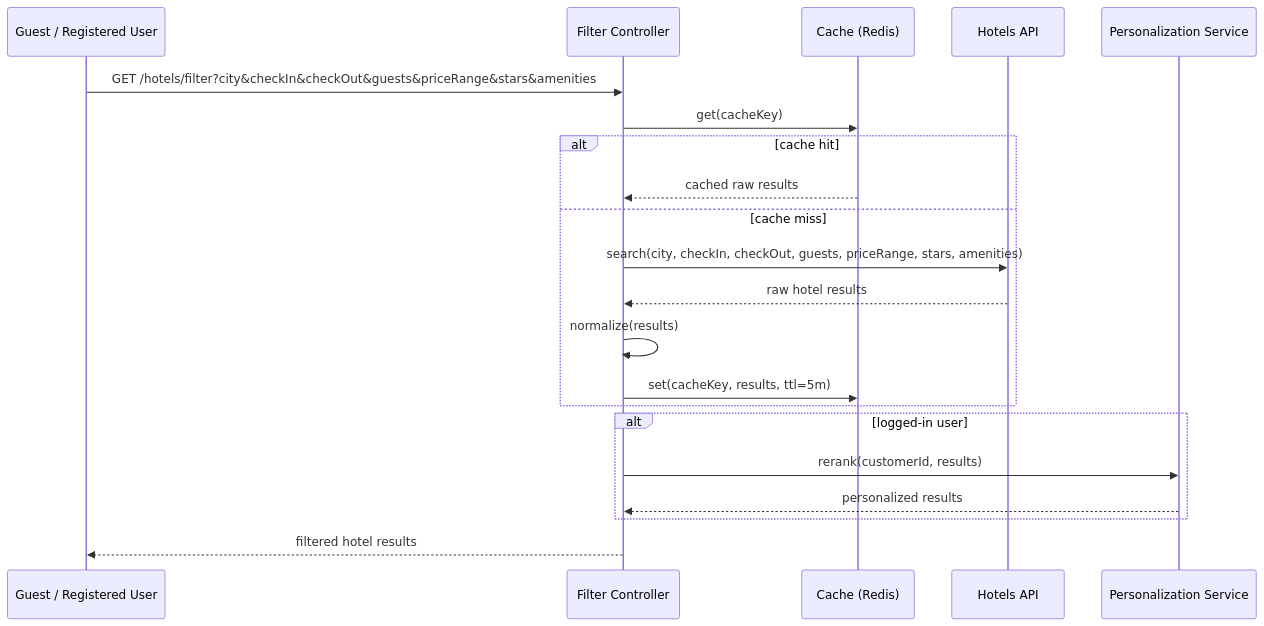
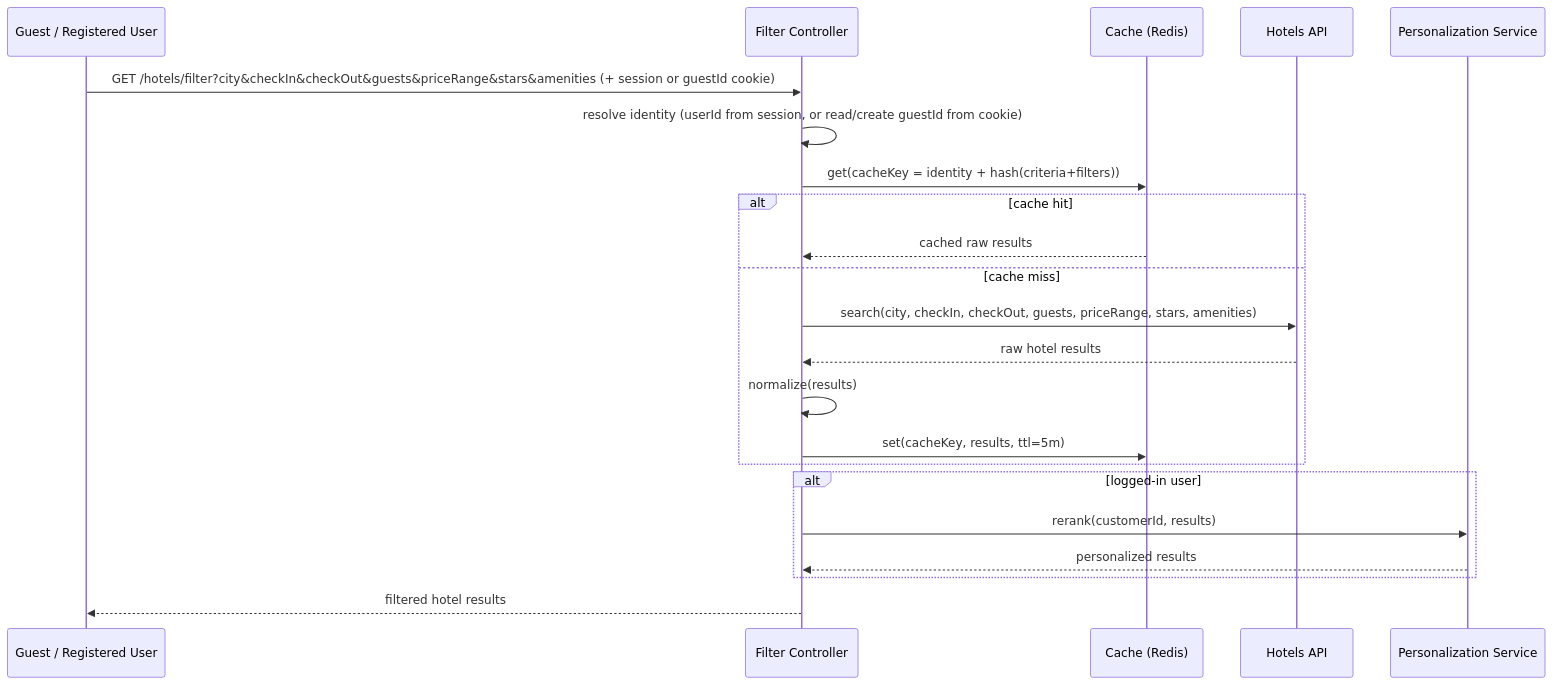
Before and after one commit to Backend-Mentor-ORG/booking: the second of 3 diagrams in diagrams/UC-02-filter-hotels.md, drawn with Mermaid. The commit also changed other lines of this file and 5 other files, not shown here.

First line of the commit message:
Sync UC diagrams with the compound cache key and travellers JSONB decisions

````diff
--- a/diagrams/UC-02-filter-hotels.md
+++ b/diagrams/UC-02-filter-hotels.md
@@ -27,24 +31,25 @@
 ```mermaid
 sequenceDiagram
   participant U as Guest / Registered User
   participant API as Filter Controller
   participant Cache as Cache (Redis)
   participant Ext as Hotels API
   participant P as Personalization Service
 
-  U->>API: GET /hotels/filter?city&checkIn&checkOut&guests&priceRange&stars&amenities
-  API->>Cache: get(cacheKey)
+  U->>API: GET /hotels/filter?city&checkIn&checkOut&guests&priceRange&stars&amenities (+ session or guestId cookie)
+  API->>API: resolve identity (userId from session, or read/create guestId from cookie)
+  API->>Cache: get(cacheKey = identity + hash(criteria+filters))
   alt cache hit
     Cache-->>API: cached raw results
   else cache miss
     API->>Ext: search(city, checkIn, checkOut, guests, priceRange, stars, amenities)
     Ext-->>API: raw hotel results
     API->>API: normalize(results)
     API->>Cache: set(cacheKey, results, ttl=5m)
   end
   alt logged-in user
     API->>P: rerank(customerId, results)
     P-->>API: personalized results
   end
   API-->>U: filtered hotel results
 ```
````
